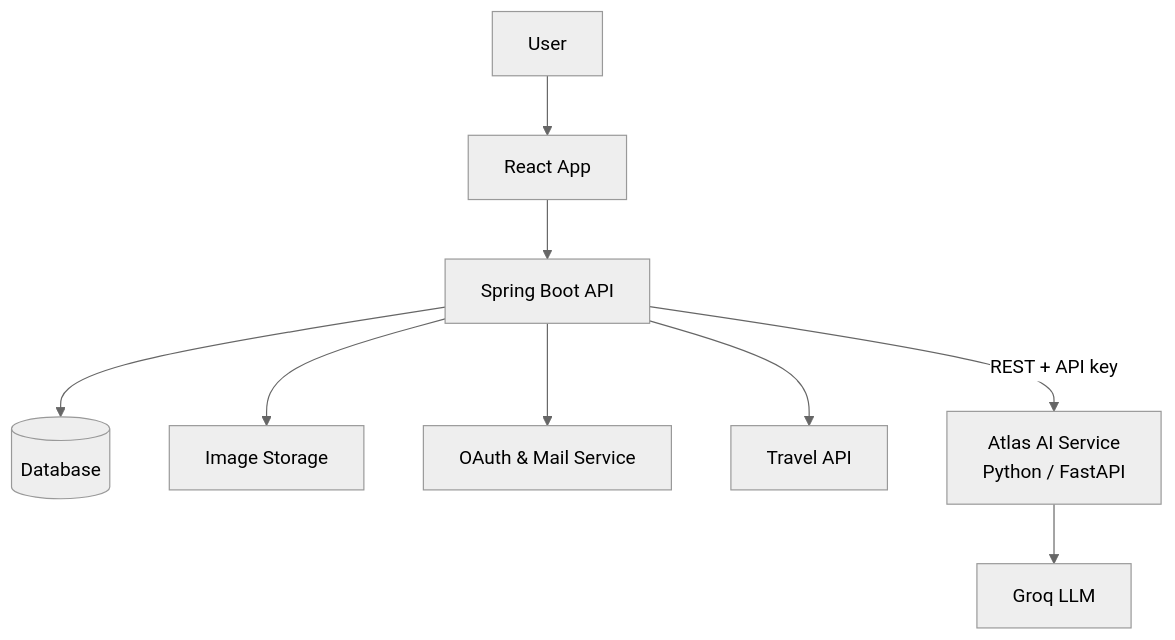
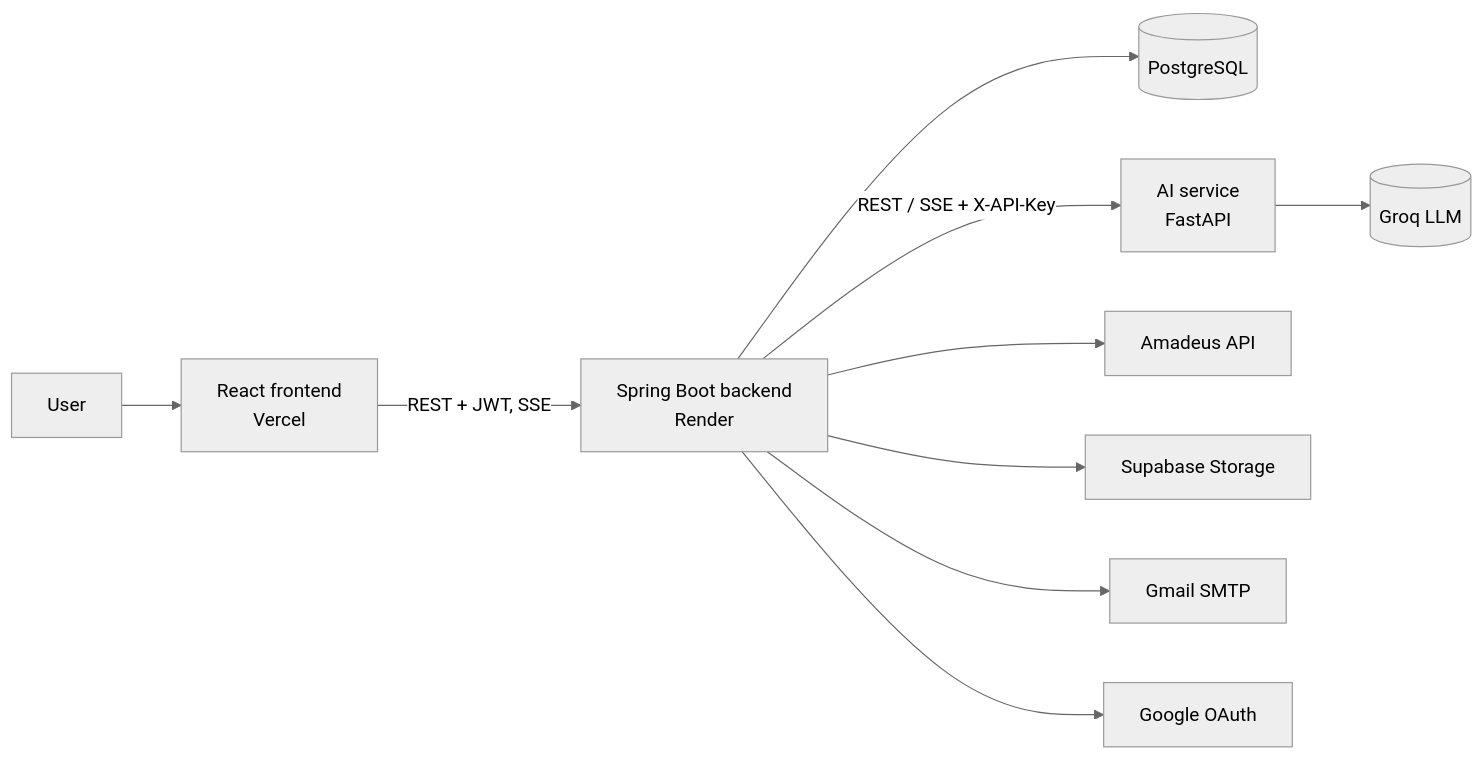
One commit to browny26/atlas-backend changed the first of 2 diagrams in README.md. Above: the diagram before and after it, drawn with Mermaid (neutral theme). The commit also changed other lines of this file and 53 other files, not shown here.

````diff
--- a/README.md
+++ b/README.md
@@ -148,11 +31,12 @@
 ```mermaid
-graph TD;
-  User --> Frontend[React App];
-  Frontend --> Backend[Spring Boot API];
-  Backend --> PostgreSQL[(Database)];
-  Backend --> Supabase[Image Storage];
-  Backend --> Google[OAuth & Mail Service];
-  Backend --> Amadeus[Travel API];
-  Backend -->|REST + API key| AI[Atlas AI Service<br/>Python / FastAPI];
-  AI --> LLM[Groq LLM];
+graph LR
+  U[User] --> FE[React frontend<br/>Vercel]
+  FE -->|REST + JWT, SSE| BE[Spring Boot backend<br/>Render]
+  BE --> DB[(PostgreSQL)]
+  BE -->|REST / SSE + X-API-Key| AI[AI service<br/>FastAPI]
+  AI --> LLM[(Groq LLM)]
+  BE --> AM[Amadeus API]
+  BE --> SB[Supabase Storage]
+  BE --> GM[Gmail SMTP]
+  BE --> GO[Google OAuth]
 ```
````
